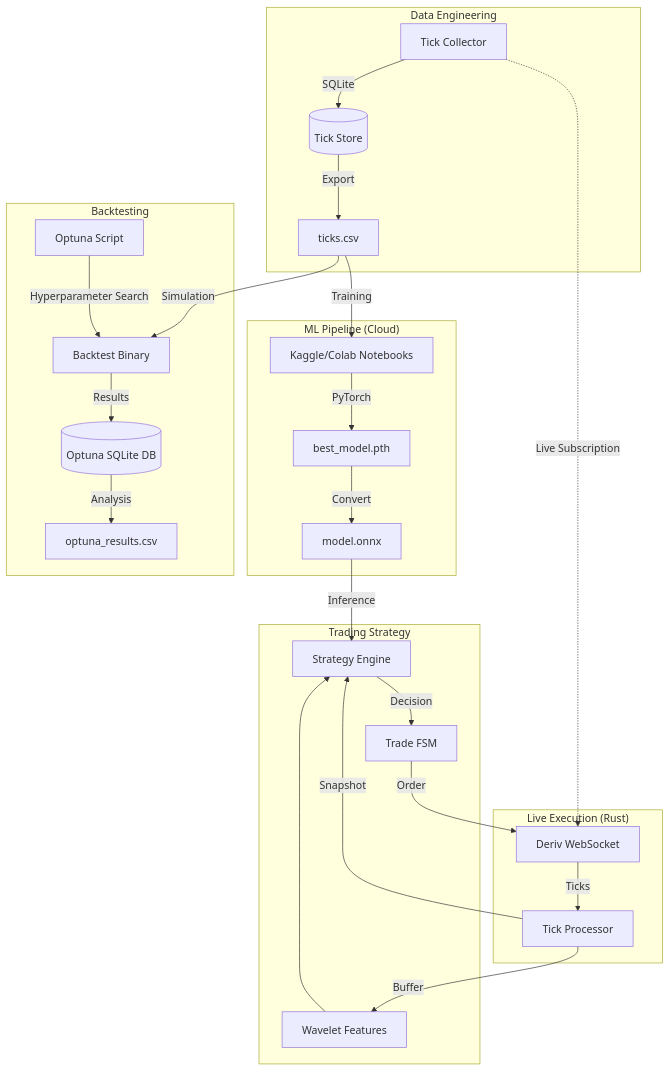
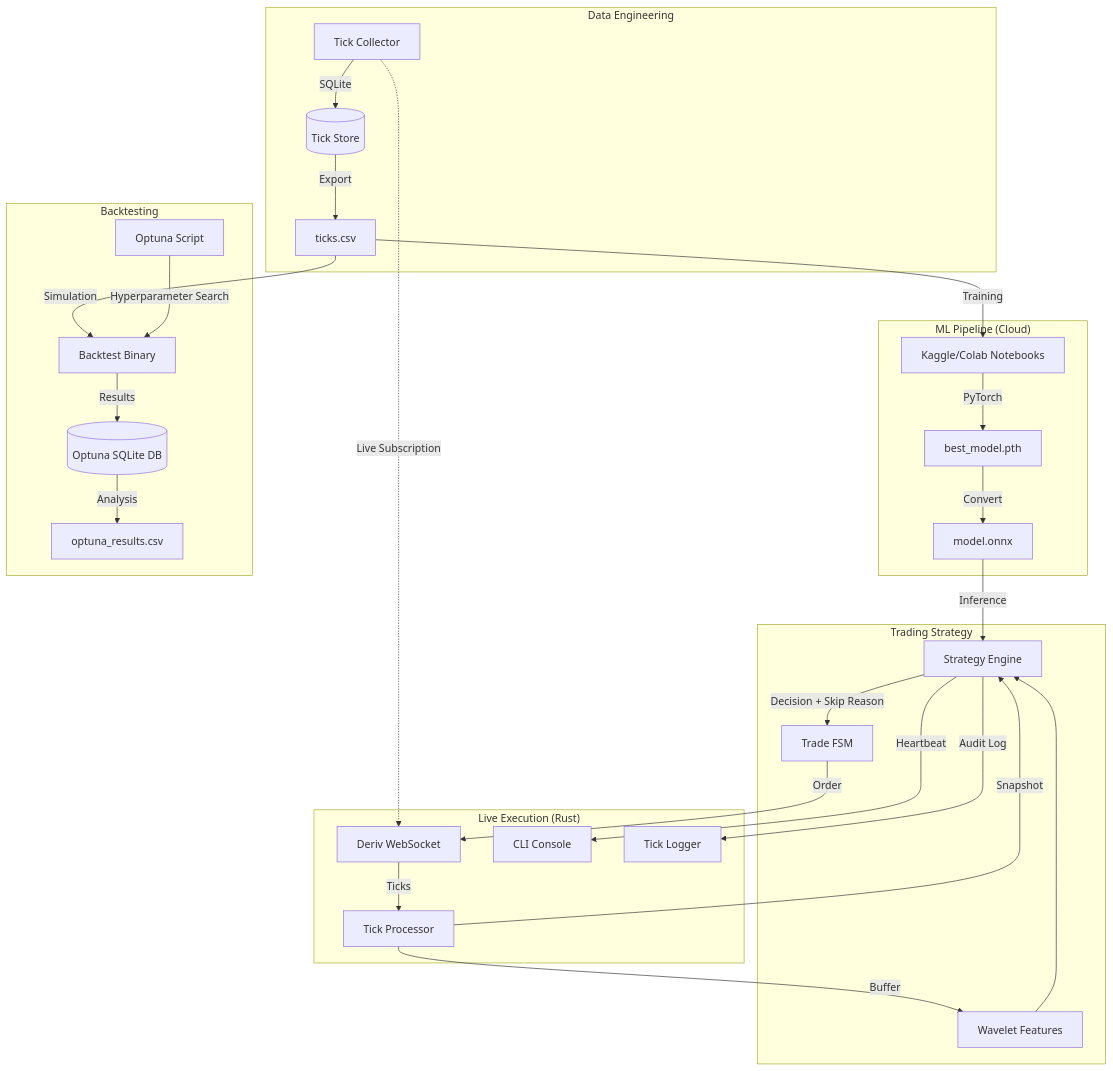
One commit to planetazul3/hope changed the diagram in docs/project_structure.md. Above: the diagram before and after it, drawn with Mermaid. The commit also changed other lines of this file, not shown here.

````diff
--- a/docs/project_structure.md
+++ b/docs/project_structure.md
@@ -42,35 +52,37 @@
 ```mermaid
 graph TD
     subgraph "Data Engineering"
         DC[Tick Collector] --> |SQLite| DB[(Tick Store)]
         DB --> |Export| CSV[ticks.csv]
     end
 
     subgraph "ML Pipeline (Cloud)"
         CSV --> |Training| NB[Kaggle/Colab Notebooks]
         NB --> |PyTorch| PTH[best_model.pth]
         PTH --> |Convert| ONNX[model.onnx]
     end
 
     subgraph "Trading Strategy"
         ONNX --> |Inference| SE[Strategy Engine]
         WV[Wavelet Features] --> SE
-        SE --> |Decision| FSM[Trade FSM]
+        SE --> |Decision + Skip Reason| FSM[Trade FSM]
     end
 
     subgraph "Live Execution (Rust)"
         WS[Deriv WebSocket] --> |Ticks| TP[Tick Processor]
         TP --> |Buffer| WV
         TP --> |Snapshot| SE
+        SE --> |Heartbeat| CLI[CLI Console]
+        SE --> |Audit Log| AL[Tick Logger]
         FSM --> |Order| WS
     end
 
     subgraph "Backtesting"
         CSV --> |Simulation| BT[Backtest Binary]
         OPT[Optuna Script] --> |Hyperparameter Search| BT
         BT --> |Results| OPT_STORE[(Optuna SQLite DB)]
         OPT_STORE --> |Analysis| CSV_RES[optuna_results.csv]
     end
 
     DC -.-> |Live Subscription| WS
 ```
````
